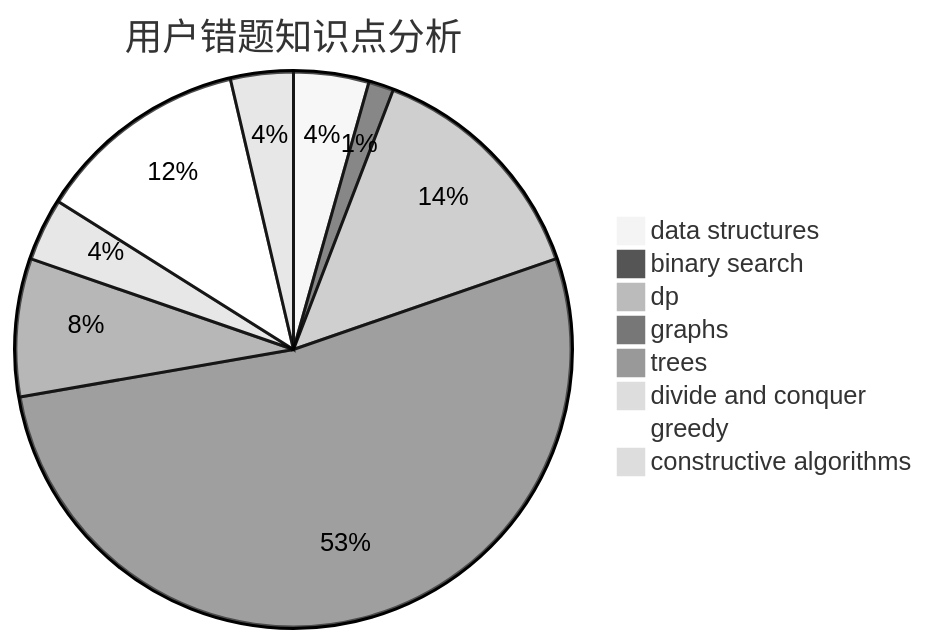
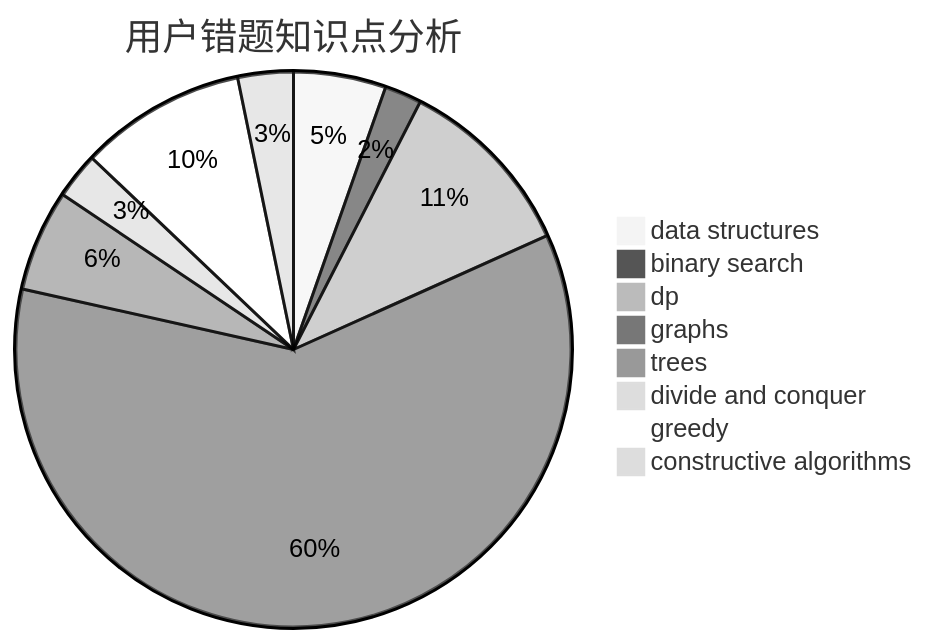
One commit to sherpahu/cfrs.github.io changed the third of 3 diagrams in docs/user/u58.md. Above: the diagram before and after it, drawn with Mermaid (neutral theme). The commit also changed other lines of this file and 2770 other files, not shown here.

````diff
--- a/docs/user/u58.md
+++ b/docs/user/u58.md
@@ -36,11 +36,11 @@
 ```mermaid
 pie title 用户错题知识点分析
-    "data structures" :  6
-    "binary search" :  2
-    "dp" :  19
-    "graphs" :  72
+    "data structures" :  10
+    "binary search" :  4
+    "dp" :  20
+    "graphs" :  112
     "trees" :  11
     "divide and conquer" :  5
-    "greedy" :  17
-    "constructive algorithms" :  5
+    "greedy" :  18
+    "constructive algorithms" :  6
 ```
````
